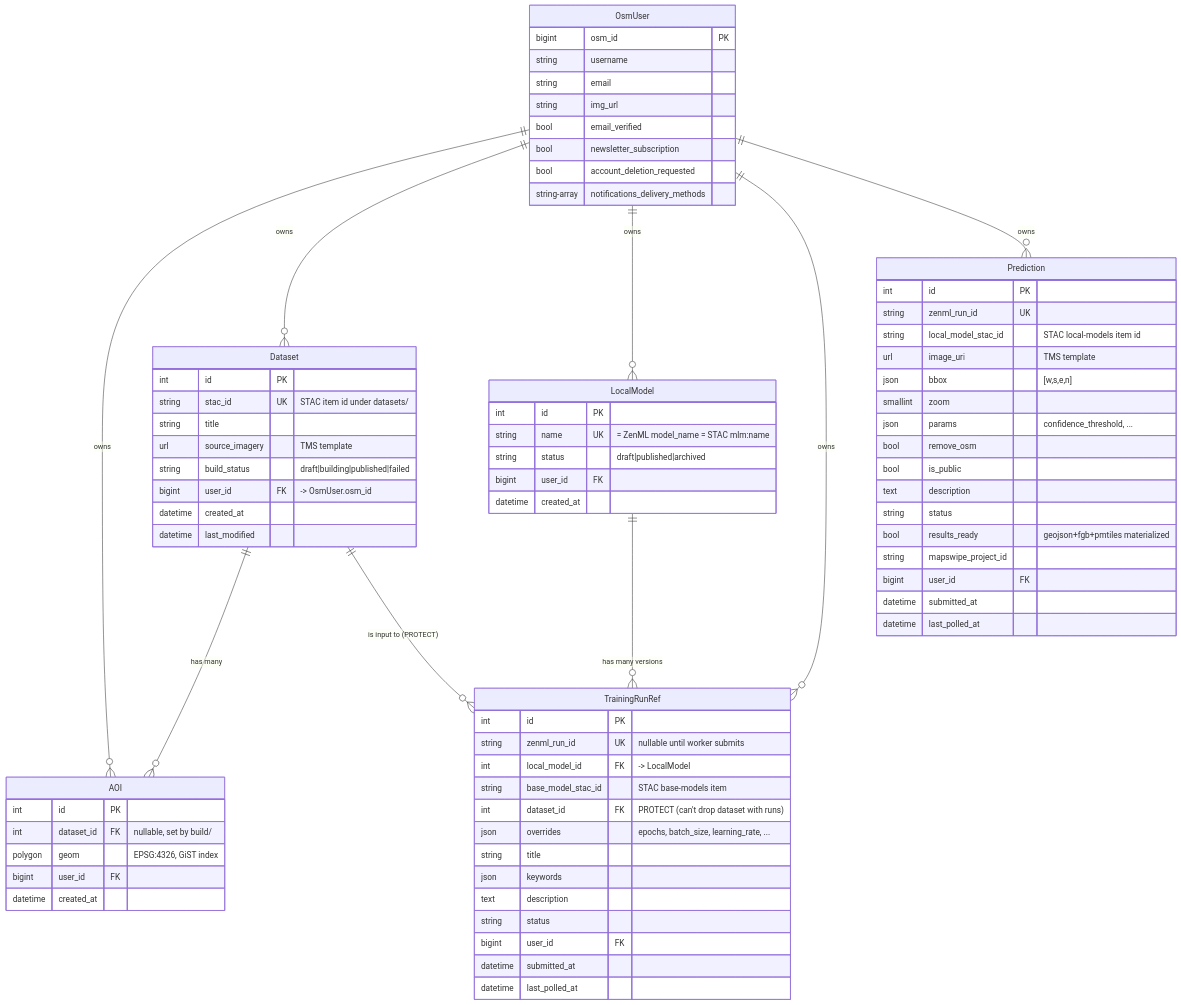
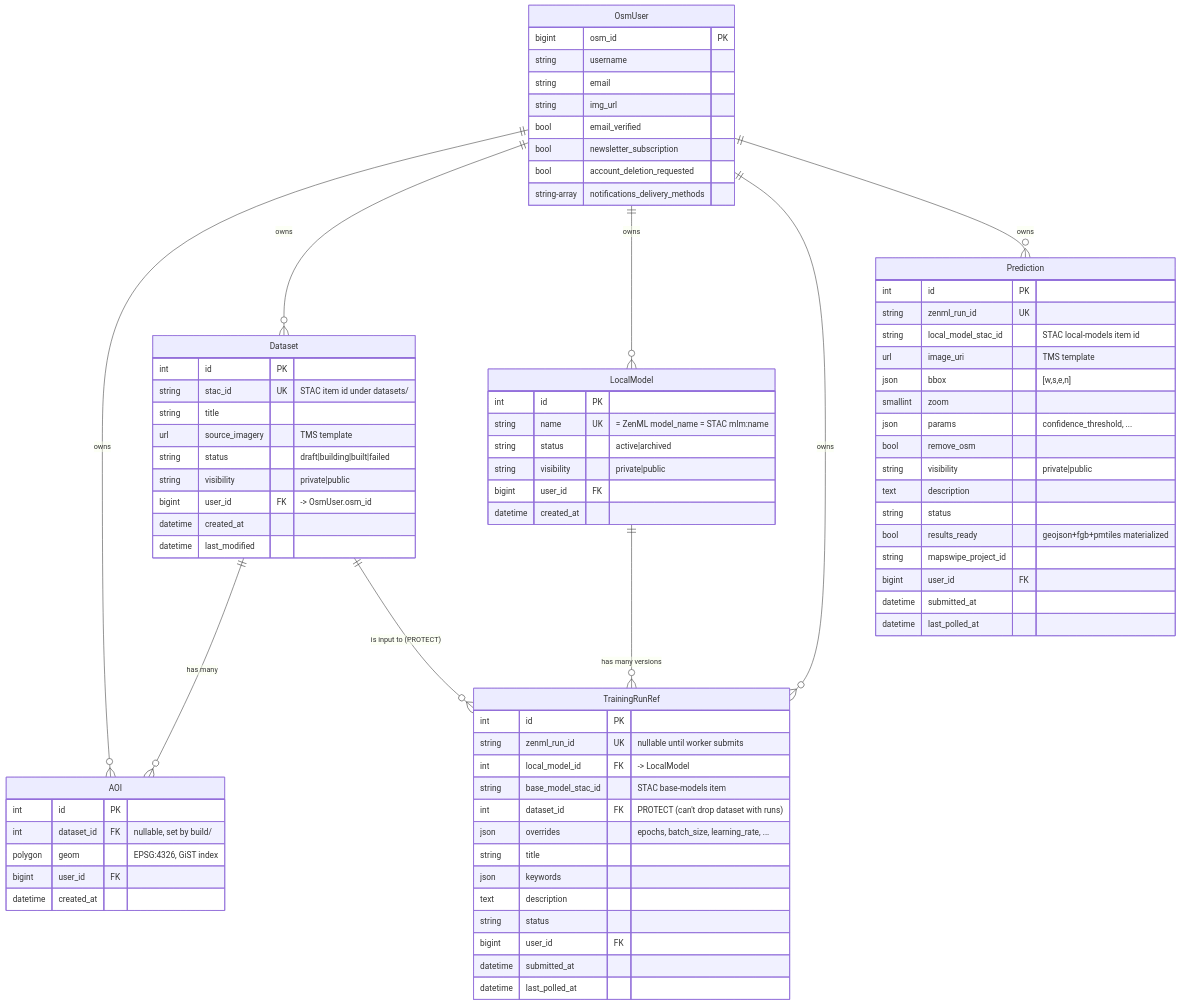
One commit to hotosm/fAIr changed the second of 2 diagrams in backend/ARCHITECTURE.md. Above: the diagram before and after it, drawn with Mermaid. The commit also changed other lines of this file and 22 other files, not shown here.

```diff
--- a/backend/ARCHITECTURE.md
+++ b/backend/ARCHITECTURE.md
@@ -69,7 +69,8 @@
         string stac_id UK "STAC item id under datasets/"
         string title
         url source_imagery "TMS template"
-        string build_status "draft|building|published|failed"
+        string status "draft|building|built|failed"
+        string visibility "private|public"
         bigint user_id FK "-> OsmUser.osm_id"
         datetime created_at
         datetime last_modified
@@ -86,7 +87,8 @@
     LocalModel {
         int id PK
         string name UK "= ZenML model_name = STAC mlm:name"
-        string status "draft|published|archived"
+        string status "active|archived"
+        string visibility "private|public"
         bigint user_id FK
         datetime created_at
     }
@@ -116,7 +118,7 @@
         smallint zoom
         json params "confidence_threshold, ..."
         bool remove_osm
-        bool is_public
+        string visibility "private|public"
         text description
         string status
         bool results_ready "geojson+fgb+pmtiles materialized"
```
